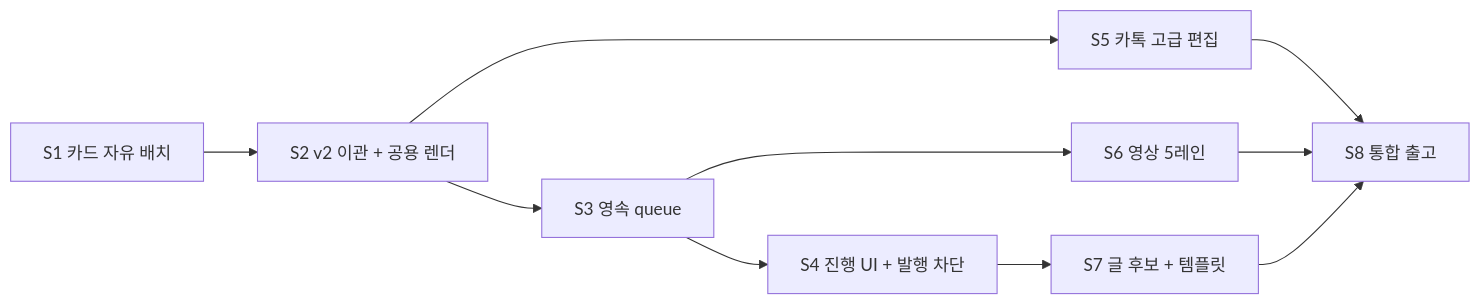
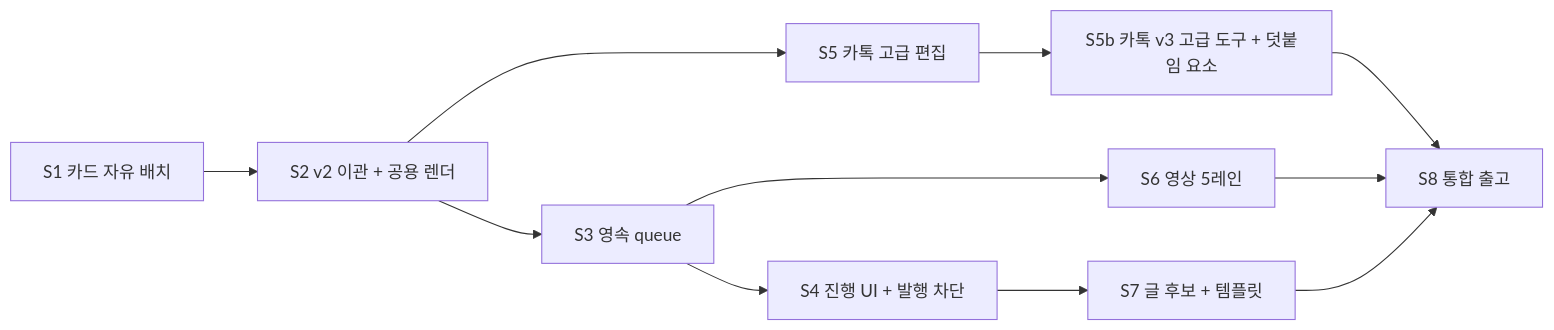
The diagram in docs/eng/editroom-v2/build-plan.md (seong-jin-jo/zto1-marketing-studio), drawn with Mermaid before and after one commit. The commit also changed other lines of this file and 50 other files, not shown here.

````diff
--- a/docs/eng/editroom-v2/build-plan.md
+++ b/docs/eng/editroom-v2/build-plan.md
@@ -129,12 +131,13 @@
 ```mermaid
 flowchart LR
   S1[S1 카드 자유 배치] --> S2[S2 v2 이관 + 공용 렌더]
   S2 --> S3[S3 영속 queue]
   S3 --> S4[S4 진행 UI + 발행 차단]
   S2 --> S5[S5 카톡 고급 편집]
   S3 --> S6[S6 영상 5레인]
   S4 --> S7[S7 글 후보 + 템플릿]
-  S5 --> S8[S8 통합 출고]
+  S5 --> S5b[S5b 카톡 v3 고급 도구 + 덧붙임 요소]
+  S5b --> S8[S8 통합 출고]
   S6 --> S8
   S7 --> S8
 ```
````
